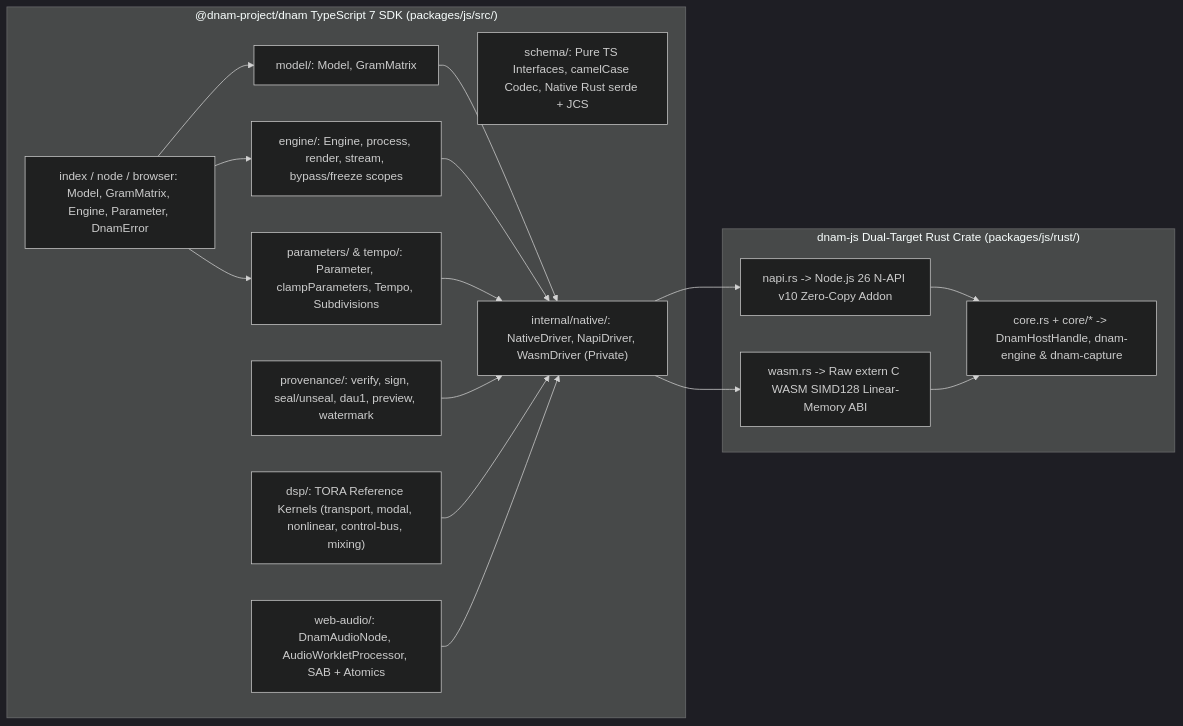
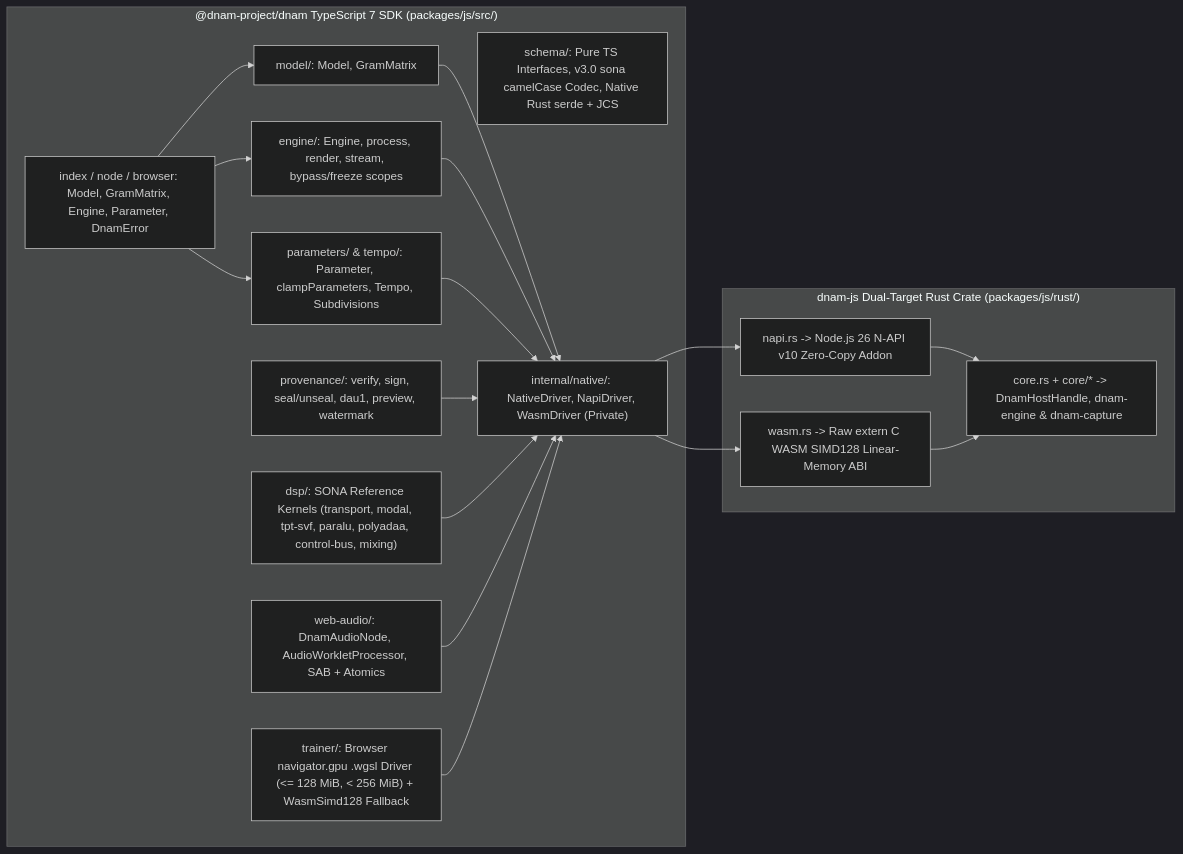
Before and after one commit to mokugen/dnam: the diagram in docs/specs/sdks/typescript_sdk.md, drawn with Mermaid (dark theme). The commit also changed other lines of this file and 99 other files, not shown here.

Commit message:
docs(specs): cut over canonical architecture and v3.0 specs to SONA + WebGPU

````diff
--- a/docs/specs/sdks/typescript_sdk.md
+++ b/docs/specs/sdks/typescript_sdk.md
@@ -42,25 +44,26 @@
 ```mermaid
 flowchart LR
     subgraph TsSDK ["@dnam-project/dnam TypeScript 7 SDK (packages/js/src/)"]
         Top["index / node / browser: Model, GramMatrix, Engine, Parameter, DnamError"]
         Mod["model/: Model, GramMatrix"]
         Eng["engine/: Engine, process, render, stream, bypass/freeze scopes"]
         Par["parameters/ & tempo/: Parameter, clampParameters, Tempo, Subdivisions"]
-        Sch["schema/: Pure TS Interfaces, camelCase Codec, Native Rust serde + JCS"]
+        Sch["schema/: Pure TS Interfaces, v3.0 sona camelCase Codec, Native Rust serde + JCS"]
         Prov["provenance/: verify, sign, seal/unseal, dau1, preview, watermark"]
-        Dsp["dsp/: TORA Reference Kernels (transport, modal, nonlinear, control-bus, mixing)"]
+        Dsp["dsp/: SONA Reference Kernels (transport, modal, tpt-svf, paralu, polyadaa, control-bus, mixing)"]
         Web["web-audio/: DnamAudioNode, AudioWorkletProcessor, SAB + Atomics"]
+        Gpu["trainer/: Browser navigator.gpu .wgsl Driver (<= 128 MiB, < 256 MiB) + WasmSimd128 Fallback"]
         Int["internal/native/: NativeDriver, NapiDriver, WasmDriver (Private)"]
     end
 
     subgraph RustCrate ["dnam-js Dual-Target Rust Crate (packages/js/rust/)"]
         RCore["core.rs + core/* -> DnamHostHandle, dnam-engine & dnam-capture"]
         RNapi["napi.rs -> Node.js 26 N-API v10 Zero-Copy Addon"]
         RWasm["wasm.rs -> Raw extern C WASM SIMD128 Linear-Memory ABI"]
     end
 
     Top --> Mod & Eng & Par
-    Mod & Eng & Par & Prov & Dsp & Web --> Int
+    Mod & Eng & Par & Prov & Dsp & Web & Gpu --> Int
     Int --> RNapi & RWasm
     RNapi & RWasm --> RCore
 ```
````
